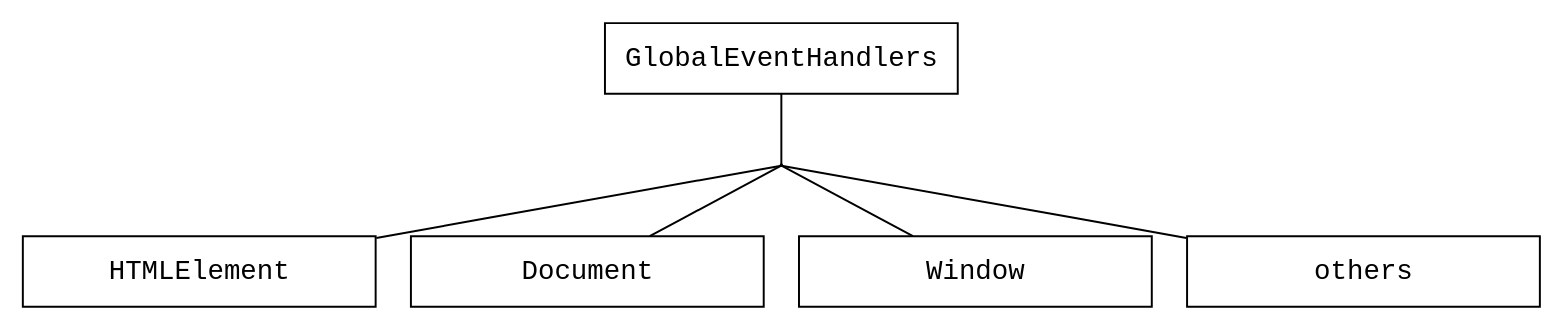
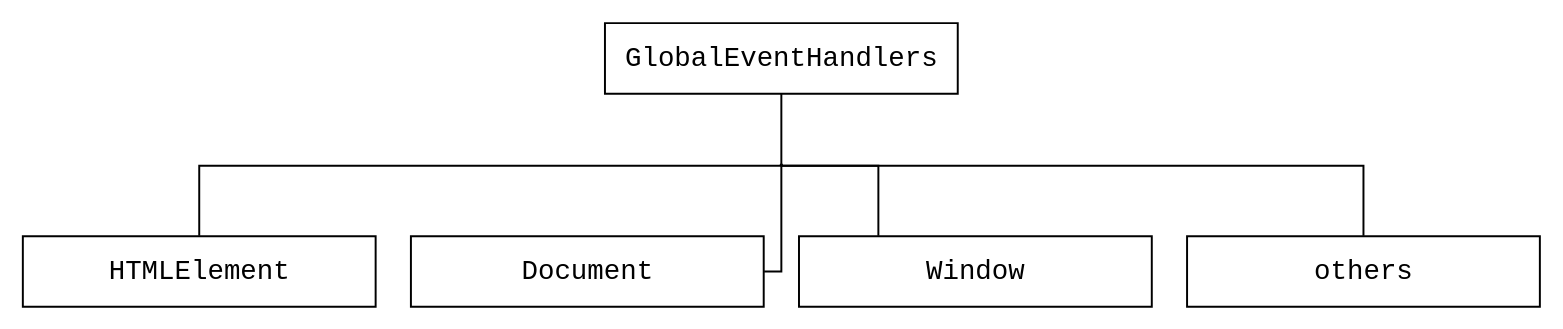
The diagram in w3c/dom-event/assets/global-event-handlers-hierarchy.dot (ifpb/javascript-guide), drawn with Graphviz before and after one commit. The commit also changed 7 other files, not shown here.

```diff
--- a/w3c/dom-event/assets/global-event-handlers-hierarchy.dot
+++ b/w3c/dom-event/assets/global-event-handlers-hierarchy.dot
@@ -1,10 +1,10 @@
 digraph hierarchy {
-  graph [rankdir=TB,concentrate=true] // nodesep=0.2
+  graph [rankdir=TB,splines=ortho,concentrate=true] // nodesep=0.2
   node [fontname=Courier,shape=box,width=2.5]
   edge [dir=none]
 
   globalpoint [shape=point,width=0.01,height=0.01]
 
   GlobalEventHandlers->globalpoint
   globalpoint->{ HTMLElement, Document, Window, others}
 }
```
